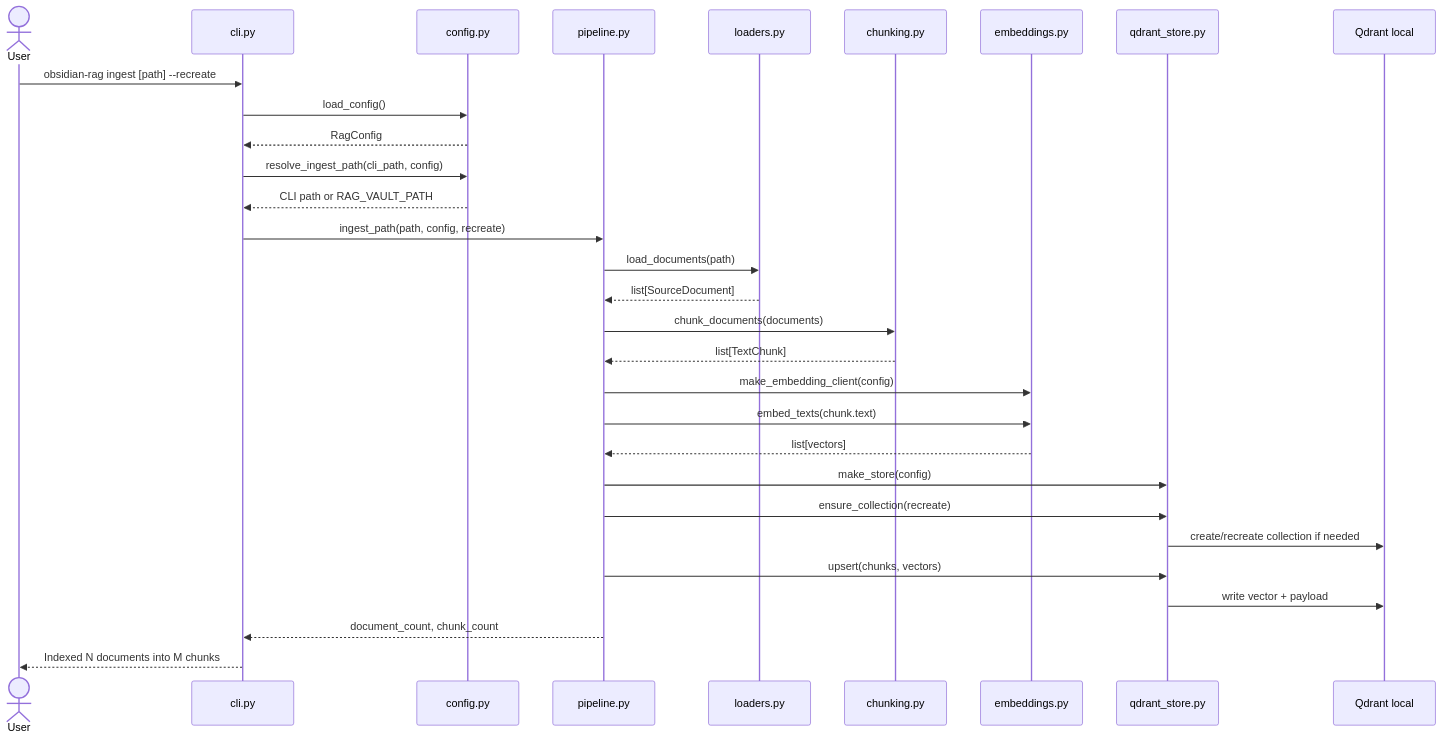
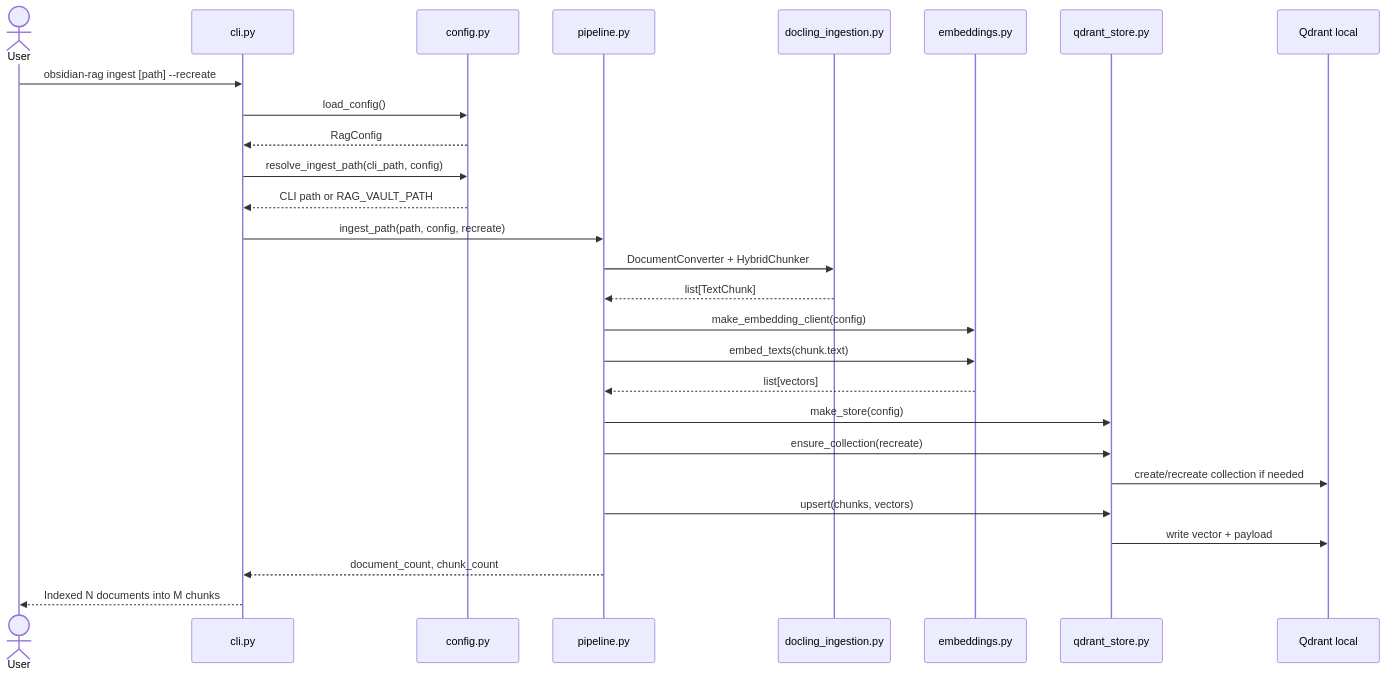
One commit to bighamD/obsidian-rag changed the third of 6 diagrams in docs/obsidian-rag-code-guide.md. Above: the diagram before and after it, drawn with Mermaid. The commit also changed other lines of this file and 35 other files, not shown here.

````diff
--- a/docs/obsidian-rag-code-guide.md
+++ b/docs/obsidian-rag-code-guide.md
@@ -153,33 +148,30 @@
 ```mermaid
 sequenceDiagram
     actor U as User
     participant CLI as cli.py
     participant C as config.py
     participant P as pipeline.py
-    participant L as loaders.py
-    participant Ch as chunking.py
+    participant D as docling_ingestion.py
     participant E as embeddings.py
     participant Q as qdrant_store.py
     participant DB as Qdrant local
 
     U->>CLI: obsidian-rag ingest [path] --recreate
     CLI->>C: load_config()
     C-->>CLI: RagConfig
     CLI->>C: resolve_ingest_path(cli_path, config)
     C-->>CLI: CLI path or RAG_VAULT_PATH
     CLI->>P: ingest_path(path, config, recreate)
-    P->>L: load_documents(path)
-    L-->>P: list[SourceDocument]
-    P->>Ch: chunk_documents(documents)
-    Ch-->>P: list[TextChunk]
+    P->>D: DocumentConverter + HybridChunker
+    D-->>P: list[TextChunk]
     P->>E: make_embedding_client(config)
     P->>E: embed_texts(chunk.text)
     E-->>P: list[vectors]
     P->>Q: make_store(config)
     P->>Q: ensure_collection(recreate)
     Q->>DB: create/recreate collection if needed
     P->>Q: upsert(chunks, vectors)
     Q->>DB: write vector + payload
     P-->>CLI: document_count, chunk_count
     CLI-->>U: Indexed N documents into M chunks
 ```
````
